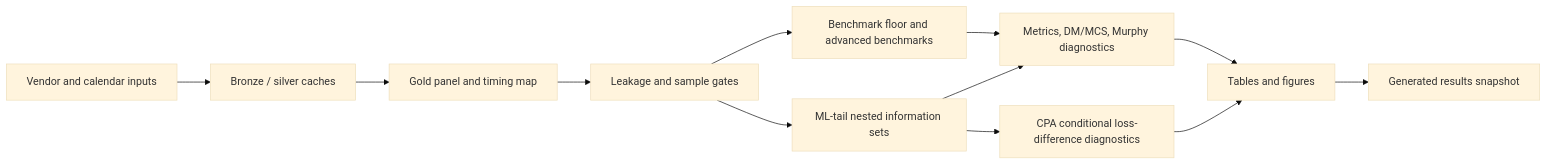
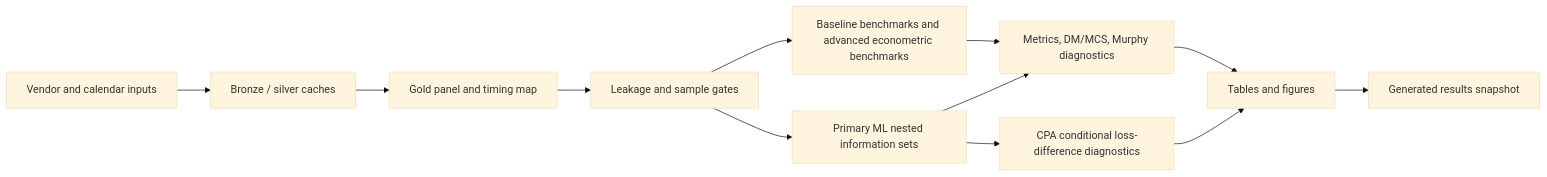
One commit to TY-Cheng/n225-open-gap-tail changed the diagram in docs/results_snapshot.md. Above: the diagram before and after it, drawn with Mermaid (base theme). The commit also changed other lines of this file and 83 other files, not shown here.

````diff
--- a/docs/results_snapshot.md
+++ b/docs/results_snapshot.md
@@ -22,14 +22,14 @@
 ```mermaid
 flowchart LR
   A["Vendor and calendar inputs"] --> B["Bronze / silver caches"]
   B --> C["Gold panel and timing map"]
   C --> D["Leakage and sample gates"]
-  D --> E["Benchmark floor and advanced benchmarks"]
-  D --> F["ML-tail nested information sets"]
+  D --> E["Baseline benchmarks and advanced econometric benchmarks"]
+  D --> F["Primary ML nested information sets"]
   E --> G["Metrics, DM/MCS, Murphy diagnostics"]
   F --> G
   F --> H["CPA conditional loss-difference diagnostics"]
   G --> I["Tables and figures"]
   H --> I
   I --> J["Generated results snapshot"]
 ```
````
